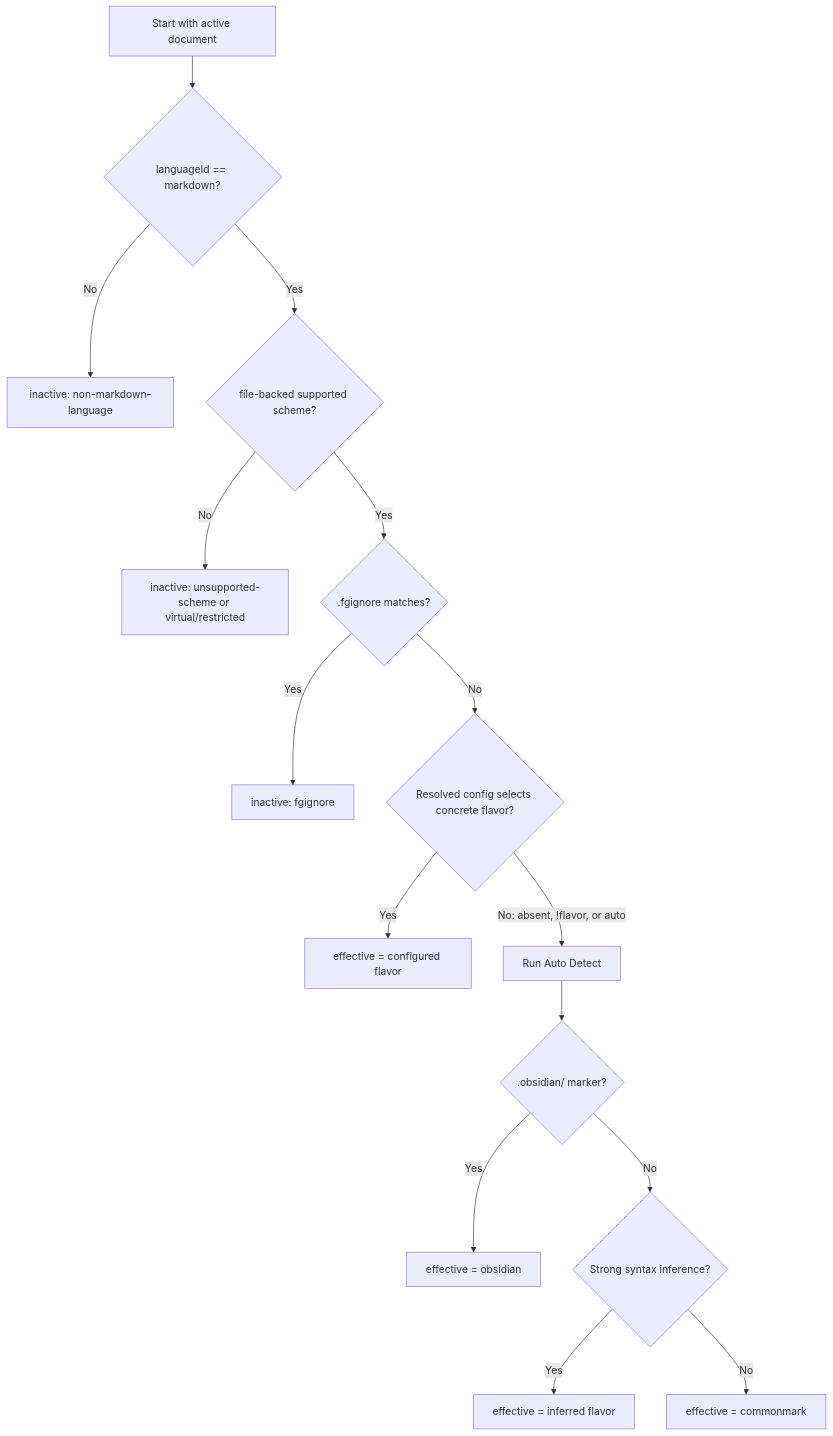
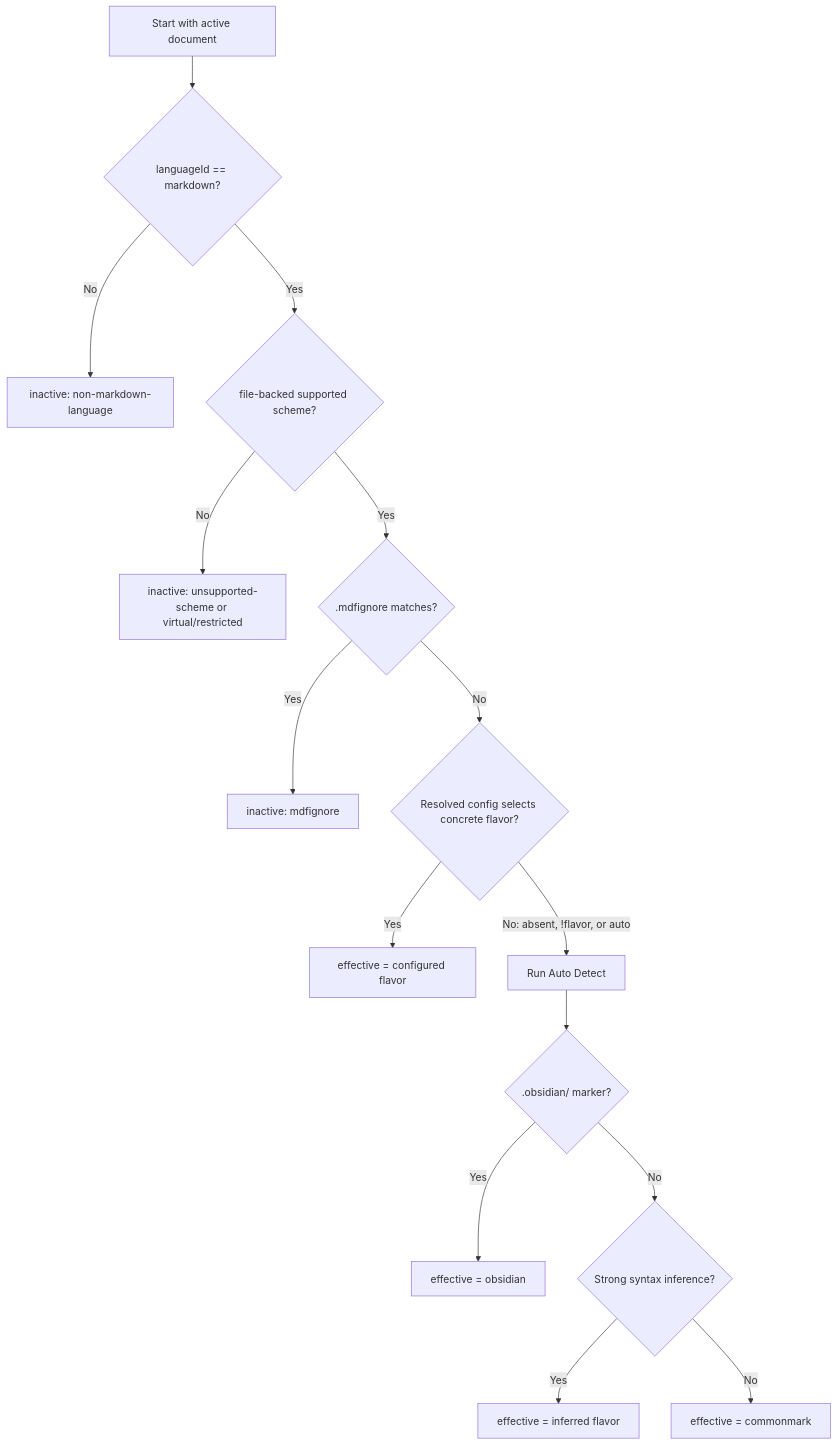
One commit to alisonaquinas/flavor-grenade-lsp changed the diagram in docs/design/markdown-flavor-auto-detection.md. Above: the diagram before and after it, drawn with Mermaid. The commit also changed other lines of this file and 210 other files, not shown here.

````diff
--- a/docs/design/markdown-flavor-auto-detection.md
+++ b/docs/design/markdown-flavor-auto-detection.md
@@ -180,17 +180,17 @@
 ```mermaid
 flowchart TD
   A["Start with active document"] --> B{"languageId == markdown?"}
   B -- "No" --> Z1["inactive: non-markdown-language"]
   B -- "Yes" --> C{"file-backed supported scheme?"}
   C -- "No" --> Z2["inactive: unsupported-scheme or virtual/restricted"]
-  C -- "Yes" --> D{".fgignore matches?"}
-  D -- "Yes" --> Z3["inactive: fgignore"]
+  C -- "Yes" --> D{".mdfignore matches?"}
+  D -- "Yes" --> Z3["inactive: mdfignore"]
   D -- "No" --> G{"Resolved config selects concrete flavor?"}
   G -- "Yes" --> R4["effective = configured flavor"]
   G -- "No: absent, !flavor, or auto" --> H["Run Auto Detect"]
   H --> I{".obsidian/ marker?"}
   I -- "Yes" --> R5["effective = obsidian"]
   I -- "No" --> K{"Strong syntax inference?"}
   K -- "Yes" --> R6["effective = inferred flavor"]
   K -- "No" --> R8["effective = commonmark"]
 ```
````
